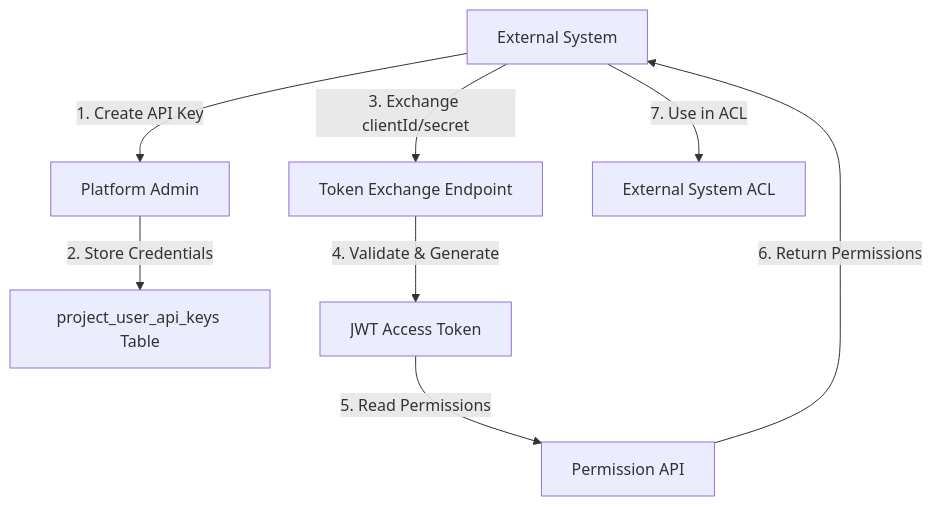
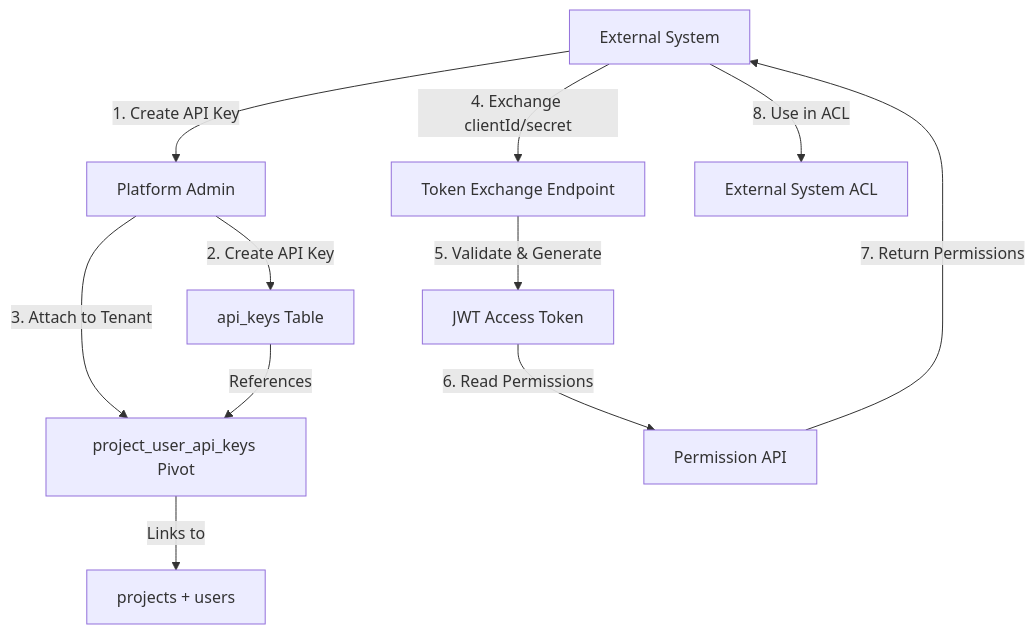
One commit to grant-js/grant changed the diagram in docs/implementation-plans/project-user-api-keys.md. Above: the diagram before and after it, drawn with Mermaid. The commit also changed other lines of this file and 110 other files, not shown here.

````diff
--- a/docs/implementation-plans/project-user-api-keys.md
+++ b/docs/implementation-plans/project-user-api-keys.md
@@ -83,10 +83,14 @@
 ```mermaid
 flowchart TD
     A[External System] -->|1. Create API Key| B[Platform Admin]
-    B -->|2. Store Credentials| C[project_user_api_keys Table]
-    A -->|3. Exchange clientId/secret| D[Token Exchange Endpoint]
-    D -->|4. Validate & Generate| E[JWT Access Token]
-    E -->|5. Read Permissions| F[Permission API]
-    F -->|6. Return Permissions| A
-    A -->|7. Use in ACL| G[External System ACL]
+    B -->|2. Create API Key| C[api_keys Table]
+    B -->|3. Attach to Tenant| D[project_user_api_keys Pivot]
+    A -->|4. Exchange clientId/secret| E[Token Exchange Endpoint]
+    E -->|5. Validate & Generate| F[JWT Access Token]
+    F -->|6. Read Permissions| G[Permission API]
+    G -->|7. Return Permissions| A
+    A -->|8. Use in ACL| H[External System ACL]
+
+    C -->|References| D
+    D -->|Links to| I[projects + users]
 ```
````
